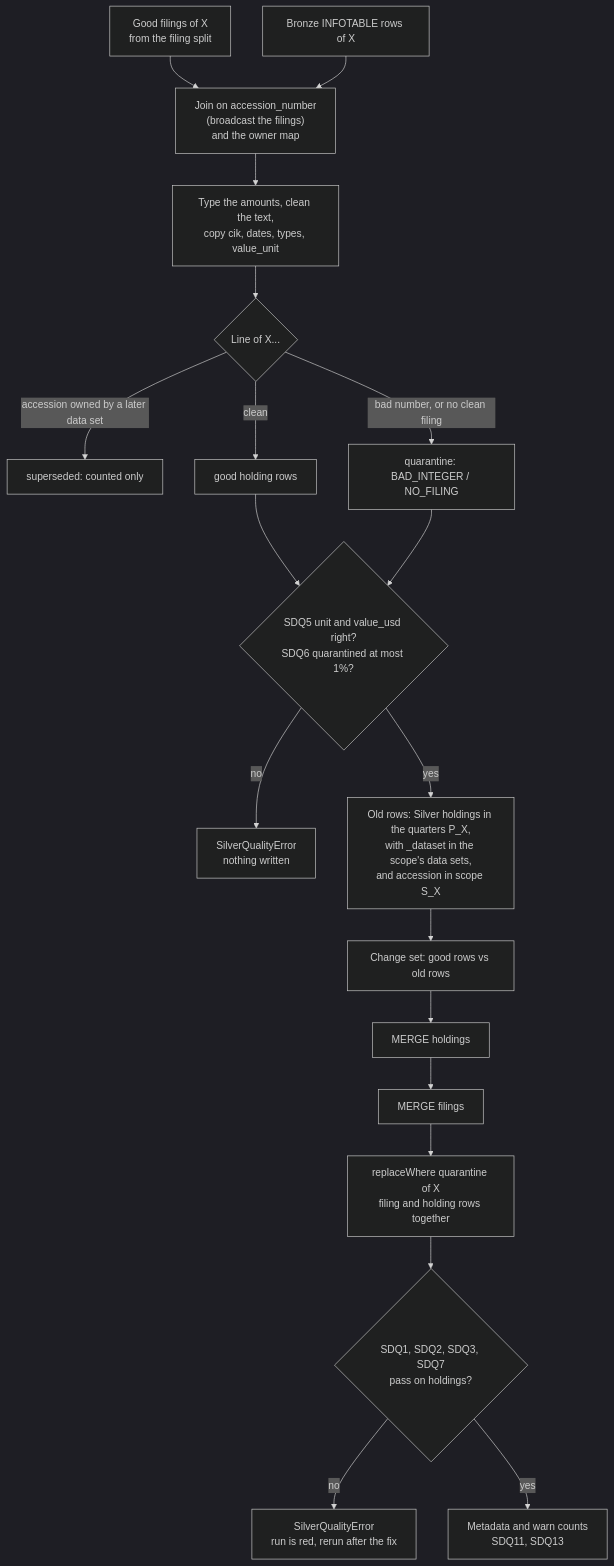
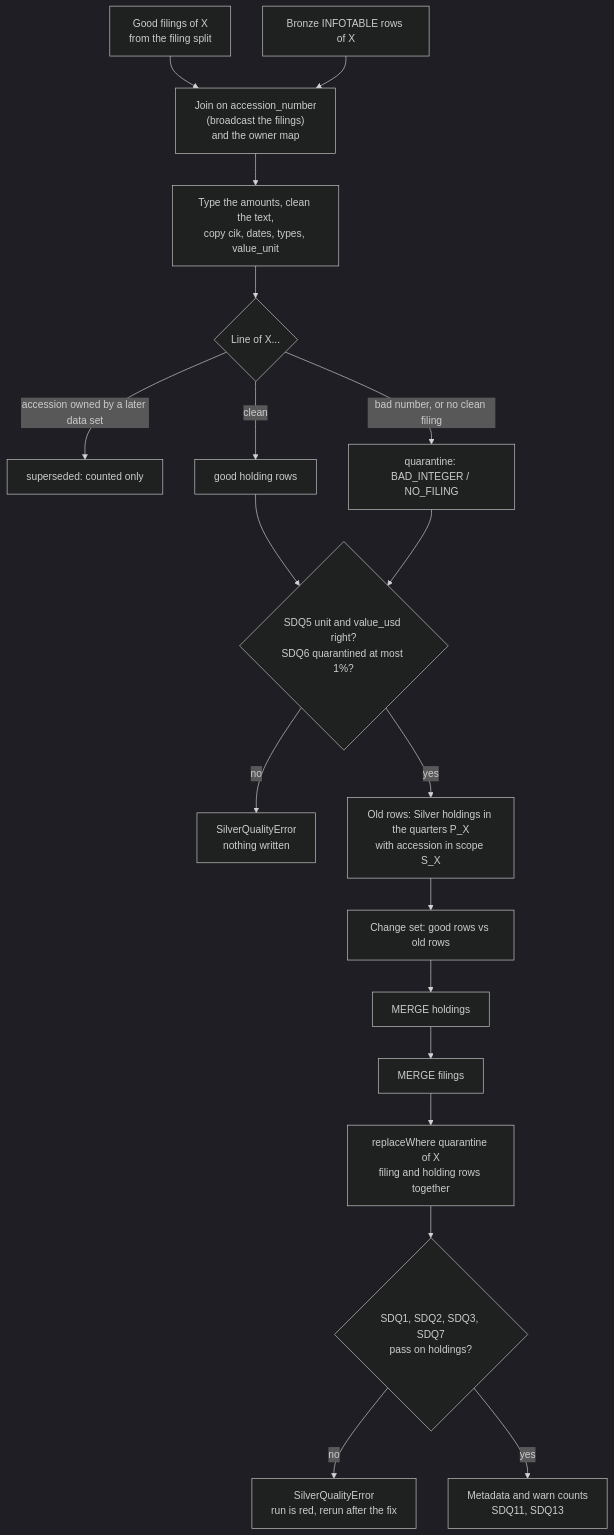
The second of 3 diagrams in docs/guides/form13f-silver-holding-walkthrough.md (hoanghaithanh/sec-holdings-lakehouse), drawn with Mermaid (dark theme) before and after one commit. The commit also changed other lines of this file and 2 other files, not shown here.

First line of the commit message:
fix: find every old holding line of the scope, also after a crash between MERGEs

````diff
--- a/docs/guides/form13f-silver-holding-walkthrough.md
+++ b/docs/guides/form13f-silver-holding-walkthrough.md
@@ -110,21 +107,21 @@
 ```mermaid
 flowchart TD
     good_f[Good filings of X<br/>from the filing split] --> join
     it[Bronze INFOTABLE rows of X] --> join["Join on accession_number<br/>(broadcast the filings)<br/>and the owner map"]
     join --> eval[Type the amounts, clean the text,<br/>copy cik, dates, types, value_unit]
     eval --> split{"Line of X..."}
     split -- "accession owned by a later data set" --> sup[superseded: counted only]
     split -- "bad number, or no clean filing" --> quar[quarantine: BAD_INTEGER / NO_FILING]
     split -- "clean" --> good[good holding rows]
     good --> pre{"SDQ5 unit and value_usd right?<br/>SDQ6 quarantined at most 1%?"}
     quar --> pre
     pre -- no --> fail1[SilverQualityError<br/>nothing written]
-    pre -- yes --> old["Old rows: Silver holdings in the quarters P_X,<br/>with _dataset in the scope's data sets,<br/>and accession in scope S_X"]
+    pre -- yes --> old["Old rows: Silver holdings in the quarters P_X<br/>with accession in scope S_X"]
     old --> cs[Change set: good rows vs old rows]
     cs --> mh[MERGE holdings]
     mh --> mf[MERGE filings]
     mf --> rq[replaceWhere quarantine of X<br/>filing and holding rows together]
     rq --> post{"SDQ1, SDQ2, SDQ3, SDQ7<br/>pass on holdings?"}
     post -- no --> fail2[SilverQualityError<br/>run is red, rerun after the fix]
     post -- yes --> done[Metadata and warn counts<br/>SDQ11, SDQ13]
 ```
````
